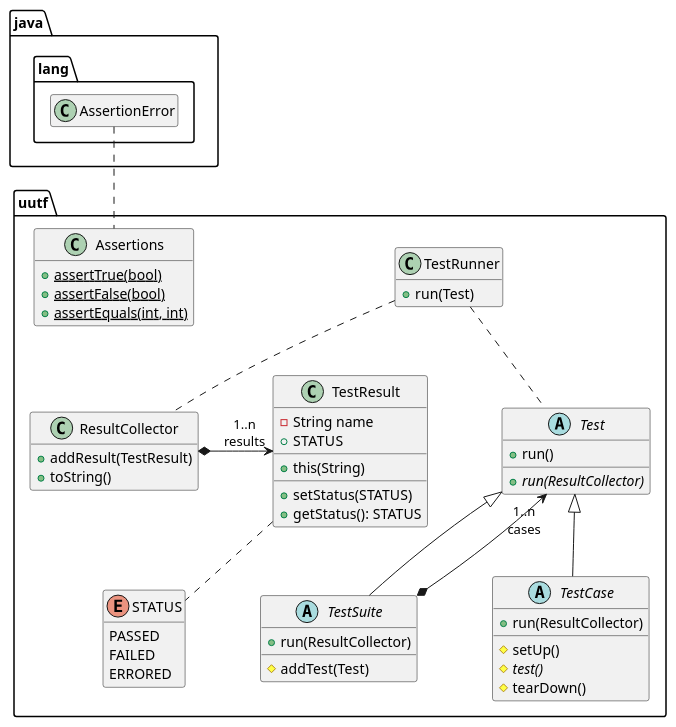
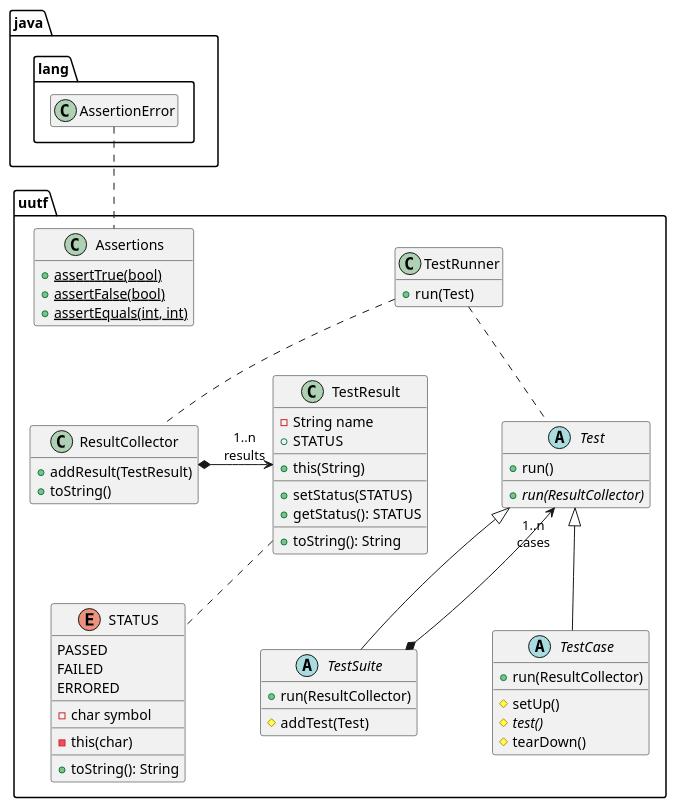
One commit to ace-lectures/inf5153-junit-demo changed the diagram in docs/uml/5_fixture_complet.puml. Above: the diagram before and after it, drawn with PlantUML. The commit also changed 24 other files, not shown here.

```diff
--- a/docs/uml/5_fixture_complet.puml
+++ b/docs/uml/5_fixture_complet.puml
@@ -1,86 +1,94 @@
 @startuml
 
 skinparam nodesep 75
 skinparam ranksep 50
 hide empty members
 
 package uutf {
 
   class Assertions {
     + {static} assertTrue(bool)
     + {static} assertFalse(bool)
     + {static} assertEquals(int, int)
   }
 
   abstract class Test {
     + run()
     __
     + {abstract} run(ResultCollector)
   }
 
   abstract class TestCase {
     + run(ResultCollector)
     __
     # setUp()
     # {abstract} test()
     # tearDown()
   }
 
   abstract class TestSuite {
     + run(ResultCollector)
     __
     # addTest(Test)
   }
 
   TestSuite *--> "1..n\ncases" Test
 
   class TestRunner {
     + run(Test)
   }
 
   TestRunner .. Test
 
   Test <|-- TestCase
   Test <|-- TestSuite
 
   class ResultCollector {
     + addResult(TestResult)
     + toString()
   }
 
   ResultCollector *-> "1..n\nresults" TestResult
 
   Assertions .[hidden]. ResultCollector
 
-enum STATUS {
-  PASSED
-  FAILED
-  ERRORED
-}
+  enum STATUS {
+    PASSED
+    FAILED
+    ERRORED
+    __
+    - char symbol
+    __
+    - this(char)
+    __
+    + toString(): String
+  }
 
-class TestResult {
-  - String name
-  + STATUS
-  __
-  + this(String)
-  __
-  + setStatus(STATUS)
-  + getStatus(): STATUS
-}
+  class TestResult {
+    - String name
+    + STATUS
+    __
+    + this(String)
+    __
+    + setStatus(STATUS)
+    + getStatus(): STATUS
+    __
+    + toString(): String
+  }
 
 TestResult .. STATUS
 TestRunner .. ResultCollector
 
 }
 
 package java.lang {
   class AssertionError
 }
 
 AssertionError .. Assertions
 
 
 
 
 
 @enduml
```
